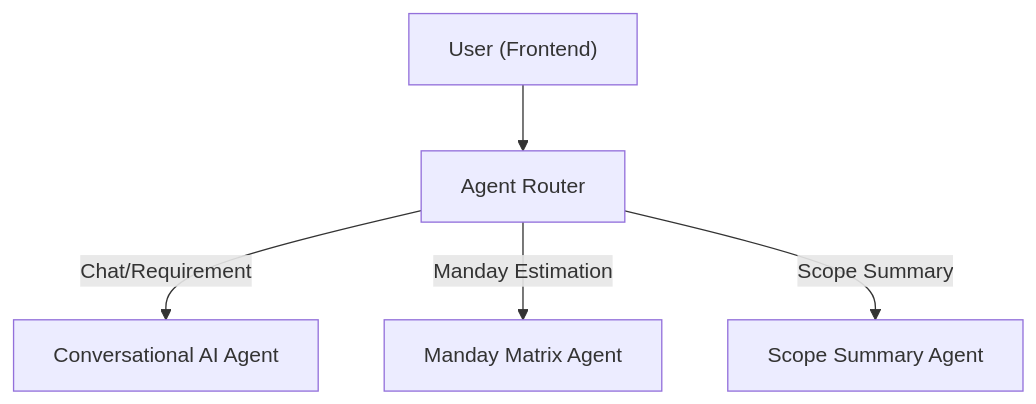
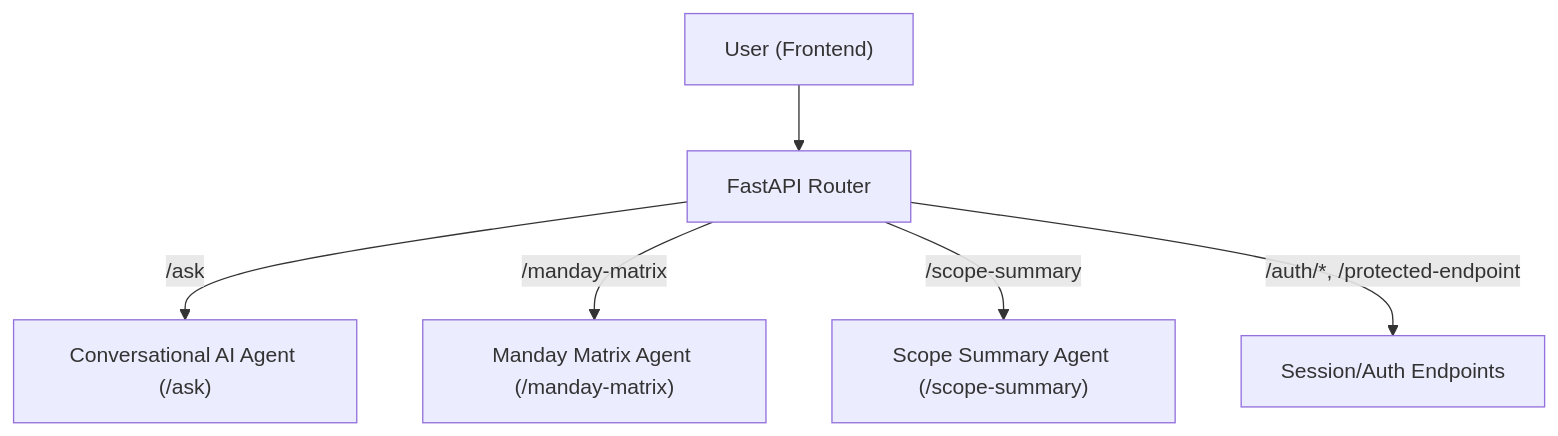
Before and after one commit to koonutWork/IRead_interview: the diagram in ADR‐01.md, drawn with Mermaid. The commit also changed other lines of this file, not shown here.

````diff
--- a/ADR‐01.md
+++ b/ADR‐01.md
@@ -32,13 +34,15 @@
 ```mermaid
 flowchart TD
     User["User (Frontend)"]
-    Router["Agent Router"]
-    AI["Conversational AI Agent"]
-    Manday["Manday Matrix Agent"]
-    Scope["Scope Summary Agent"]
+    Router["FastAPI Router"]
+    AI["Conversational AI Agent (/ask)"]
+    Manday["Manday Matrix Agent (/manday-matrix)"]
+    Scope["Scope Summary Agent (/scope-summary)"]
+    Auth["Session/Auth Endpoints"]
 
     User --> Router
-    Router -- "Chat/Requirement" --> AI
-    Router -- "Manday Estimation" --> Manday
-    Router -- "Scope Summary" --> Scope
+    Router -- "/ask" --> AI
+    Router -- "/manday-matrix" --> Manday
+    Router -- "/scope-summary" --> Scope
+    Router -- "/auth/*, /protected-endpoint" --> Auth
 ```
````
